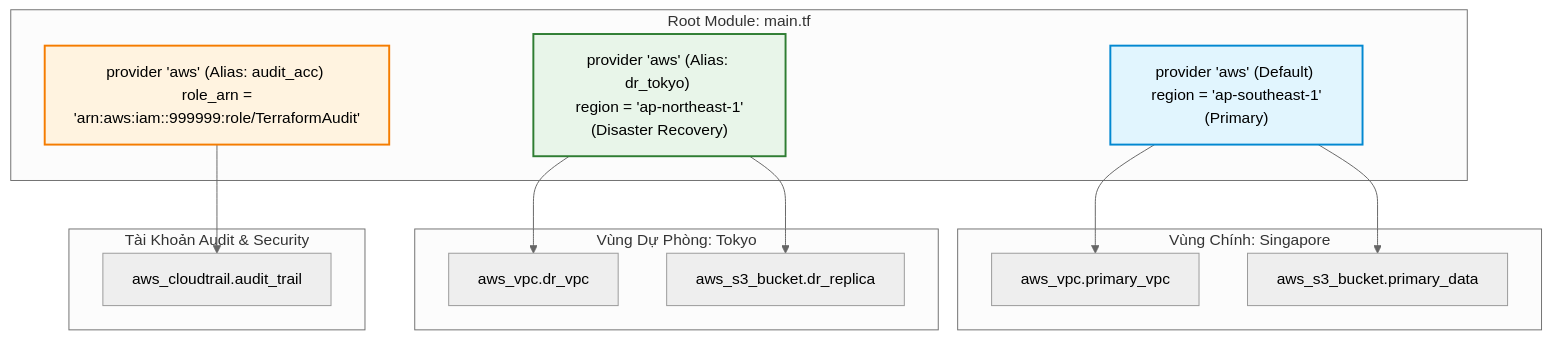
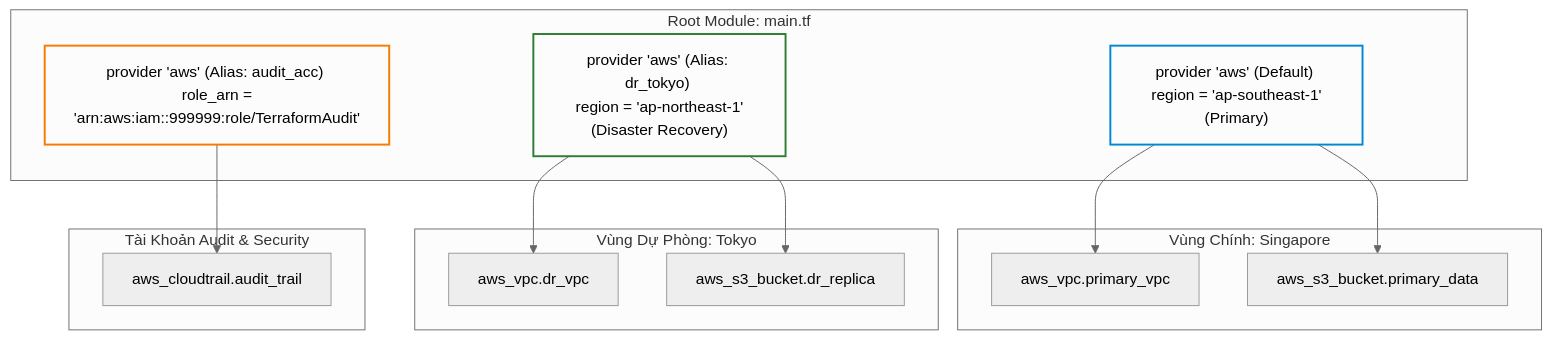
The first of 5 diagrams in _posts/2026-09-13-terraform-18-18-provider-alias-multi-region-va-multi-account-enterprise-architecture.md (kiennt308/ntk), drawn with Mermaid (neutral theme) before and after one commit. The commit also changed other lines of this file and 207 other files, not shown here.

Commit message:
feat(posts): batch standardize all 208 posts with TL;DR, qa-card accordion, fill:none mermaid, and liquid raw wrappers

````diff
--- a/_posts/2026-09-13-terraform-18-18-provider-alias-multi-region-va-multi-account-enterprise-architecture.md
+++ b/_posts/2026-09-13-terraform-18-18-provider-alias-multi-region-va-multi-account-enterprise-architecture.md
@@ -36,34 +40,34 @@
 ```mermaid
 flowchart TD
     subgraph Root_Module ["Root Module: main.tf"]
         P_DEF["provider 'aws' (Default) \n region = 'ap-southeast-1' (Primary)"]
         P_SEC["provider 'aws' (Alias: dr_tokyo) \n region = 'ap-northeast-1' (Disaster Recovery)"]
         P_SEC_ACC["provider 'aws' (Alias: audit_acc) \n role_arn = 'arn:aws:iam::999999:role/TerraformAudit'"]
     end
 
     subgraph Primary_Region ["Vùng Chính: Singapore"]
         R1["aws_vpc.primary_vpc"]
         R2["aws_s3_bucket.primary_data"]
     end
 
     subgraph Secondary_Region ["Vùng Dự Phòng: Tokyo"]
         R3["aws_vpc.dr_vpc"]
         R4["aws_s3_bucket.dr_replica"]
     end
 
     subgraph Security_Account ["Tài Khoản Audit & Security"]
         R5["aws_cloudtrail.audit_trail"]
     end
 
     P_DEF --> R1
     P_DEF --> R2
     P_SEC --> R3
     P_SEC --> R4
     P_SEC_ACC --> R5
 
-    style P_DEF fill:#e1f5fe,stroke:#0288d1,stroke-width:2px
-    style P_SEC fill:#e8f5e9,stroke:#2e7d32,stroke-width:2px
-    style P_SEC_ACC fill:#fff3e0,stroke:#f57c00,stroke-width:2px
+    style P_DEF fill:none,stroke:#0288d1,stroke-width:2px
+    style P_SEC fill:none,stroke:#2e7d32,stroke-width:2px
+    style P_SEC_ACC fill:none,stroke:#f57c00,stroke-width:2px
 
 
 ```
````
